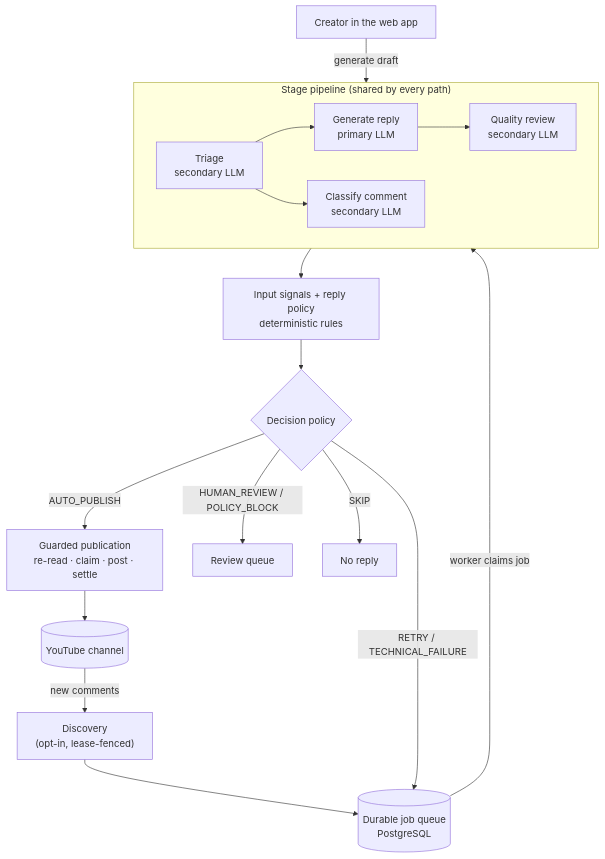
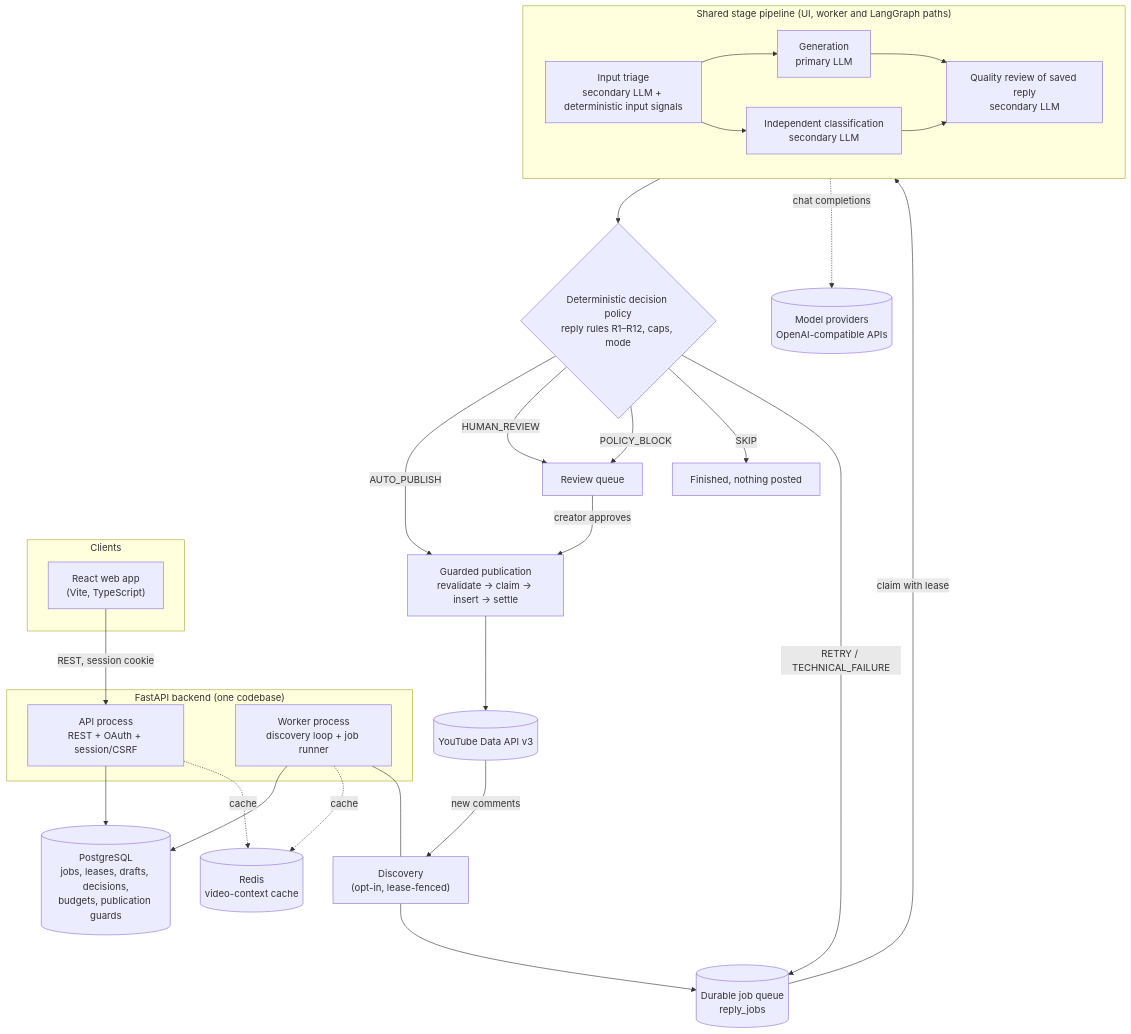
Before and after one commit to RD-blip1/ReplyAI: the diagram in README.md, drawn with Mermaid. The commit also changed other lines of this file and 66 other files, not shown here.

Commit message:
Release complete ReplyAI source, real-mode screenshots and public documentation

````diff
--- a/README.md
+++ b/README.md
@@ -62,19 +97,48 @@
 ```mermaid
 flowchart TD
-    YT[("YouTube channel")] -->|new comments| D["Discovery<br/>(opt-in, lease-fenced)"]
-    D --> Q[("Durable job queue<br/>PostgreSQL")]
-    UI["Creator in the web app"] -->|generate draft| P
-    Q -->|worker claims job| P
-    subgraph P["Stage pipeline (shared by every path)"]
-        T["Triage<br/>secondary LLM"] --> G["Generate reply<br/>primary LLM"]
-        T --> C["Classify comment<br/>secondary LLM"]
-        G --> R["Quality review<br/>secondary LLM"]
+    subgraph Clients
+        UI["React web app<br/>(Vite, TypeScript)"]
     end
-    P --> S["Input signals + reply policy<br/>deterministic rules"]
-    S --> DEC{"Decision policy"}
-    DEC -->|AUTO_PUBLISH| PUB["Guarded publication<br/>re-read · claim · post · settle"]
-    DEC -->|HUMAN_REVIEW / POLICY_BLOCK| RQ["Review queue"]
-    DEC -->|SKIP| X["No reply"]
-    DEC -->|RETRY / TECHNICAL_FAILURE| Q
+
+    subgraph Backend["FastAPI backend (one codebase)"]
+        API["API process<br/>REST + OAuth + session/CSRF"]
+        W["Worker process<br/>discovery loop + job runner"]
+    end
+
+    YT[("YouTube Data API v3")]
+    PG[("PostgreSQL<br/>jobs, leases, drafts, decisions,<br/>budgets, publication guards")]
+    RD[("Redis<br/>video-context cache")]
+
+    UI -- "REST, session cookie" --> API
+    API --> PG
+    W --> PG
+    API -. cache .-> RD
+    W -. cache .-> RD
+
+    YT -- "new comments" --> DISC["Discovery<br/>(opt-in, lease-fenced)"]
+    W --- DISC
+    DISC --> Q[("Durable job queue<br/>reply_jobs")]
+    Q -- "claim with lease" --> PIPE
+
+    subgraph PIPE["Shared stage pipeline (UI, worker and LangGraph paths)"]
+        IN["Input triage<br/>secondary LLM + deterministic input signals"]
+        GEN["Generation<br/>primary LLM"]
+        CLS["Independent classification<br/>secondary LLM"]
+        QR["Quality review of saved reply<br/>secondary LLM"]
+        IN --> GEN & CLS
+        GEN --> QR
+        CLS --> QR
+    end
+
+    PIPE --> POL{"Deterministic decision policy<br/>reply rules R1–R12, caps, mode"}
+    POL -- "AUTO_PUBLISH" --> PUB["Guarded publication<br/>revalidate → claim → insert → settle"]
+    POL -- "HUMAN_REVIEW" --> RQ["Review queue"]
+    POL -- "POLICY_BLOCK" --> RQ
+    POL -- "SKIP" --> DONE["Finished, nothing posted"]
+    POL -- "RETRY / TECHNICAL_FAILURE" --> Q
     PUB --> YT
+    RQ -- "creator approves" --> PUB
+
+    LLM[("Model providers<br/>OpenAI-compatible APIs")]
+    PIPE -. "chat completions" .-> LLM
 ```
````
